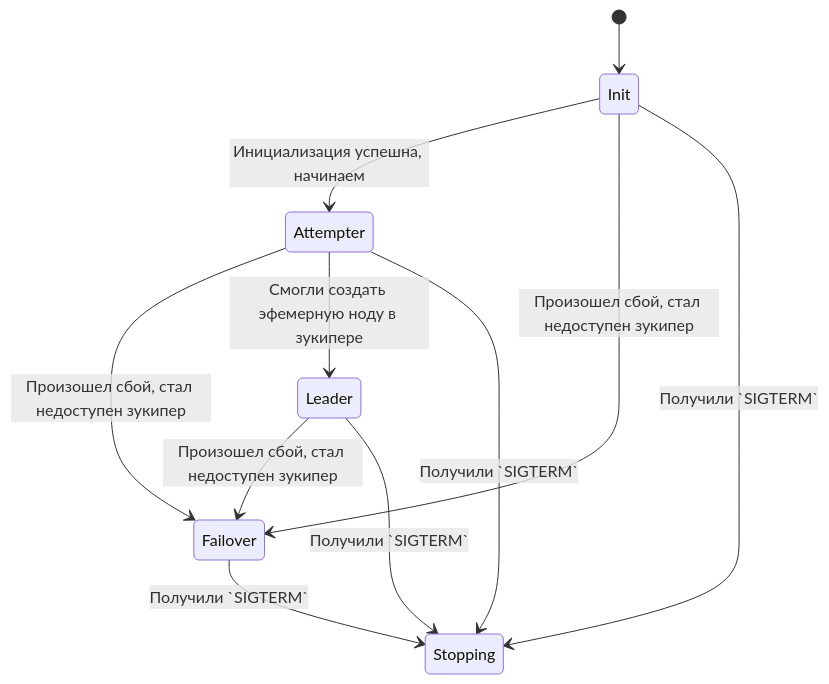
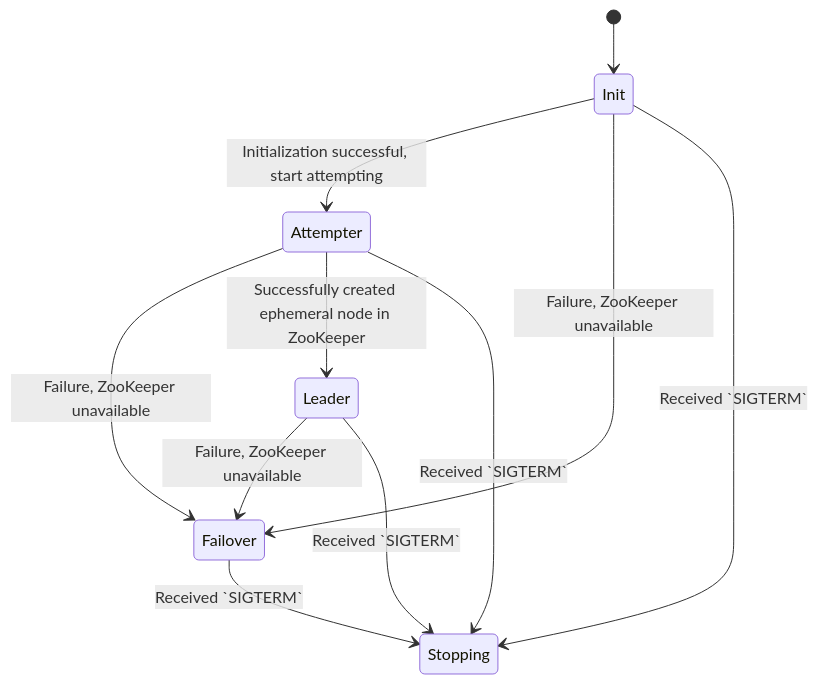
Before and after one commit to yberikov/leader-election-golang: the diagram in README.md, drawn with Mermaid. The commit also changed other lines of this file, not shown here.

````diff
--- a/README.md
+++ b/README.md
@@ -14,14 +12,14 @@
 ```mermaid
 stateDiagram-v2
 
 [*] --> Init
-Init --> Attempter : Инициализация успешна, начинаем
-Init --> Failover : Произошел сбой, стал недоступен зукипер
-Attempter --> Failover : Произошел сбой, стал недоступен зукипер
-Leader --> Failover : Произошел сбой, стал недоступен зукипер
-Attempter --> Leader : Смогли создать эфемерную ноду в зукипере
-Init --> Stopping : Получили `SIGTERM`
-Attempter --> Stopping : Получили `SIGTERM`
-Leader --> Stopping : Получили `SIGTERM`
-Failover --> Stopping : Получили `SIGTERM`
+Init --> Attempter : Initialization successful, start attempting
+Init --> Failover : Failure, ZooKeeper unavailable
+Attempter --> Failover : Failure, ZooKeeper unavailable
+Leader --> Failover : Failure, ZooKeeper unavailable
+Attempter --> Leader : Successfully created ephemeral node in ZooKeeper
+Init --> Stopping : Received `SIGTERM`
+Attempter --> Stopping : Received `SIGTERM`
+Leader --> Stopping : Received `SIGTERM`
+Failover --> Stopping : Received `SIGTERM`
 ```
````
